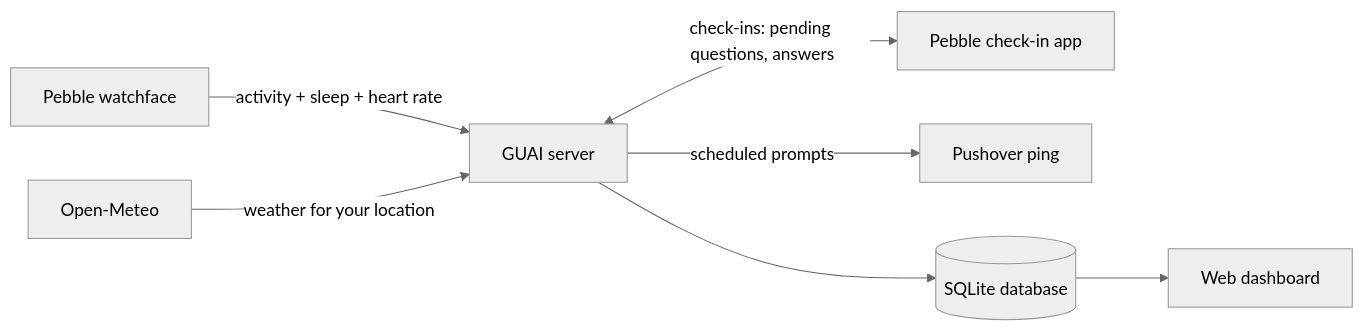
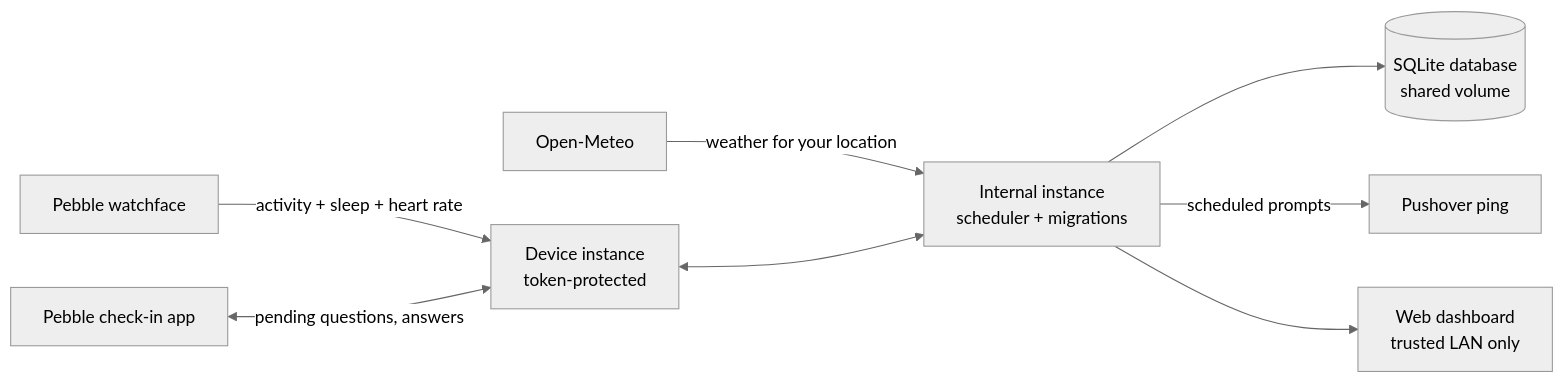
The diagram in README.md (divin/guai), drawn with Mermaid (neutral theme) before and after one commit. The commit also changed other lines of this file and 4 other files, not shown here.

````diff
--- a/README.md
+++ b/README.md
@@ -13,9 +13,10 @@
 ```mermaid
 flowchart LR
-    W[Pebble watchface] -->|activity + sleep + heart rate| S[GUAI server]
-    S <-->|check-ins: pending questions, answers| A[Pebble check-in app]
-    S -->|scheduled prompts| P[Pushover ping]
-    M[Open-Meteo] -->|weather for your location| S
-    S --> C[(SQLite database)]
-    C --> D[Web dashboard]
+    W[Pebble watchface] -->|activity + sleep + heart rate| E[Device instance<br/>token-protected]
+    A[Pebble check-in app] <-->|pending questions, answers| E
+    M[Open-Meteo] -->|weather for your location| I[Internal instance<br/>scheduler + migrations]
+    E <--> I
+    I --> C[(SQLite database<br/>shared volume)]
+    I -->|scheduled prompts| P[Pushover ping]
+    I --> D[Web dashboard<br/>trusted LAN only]
 ```
````
